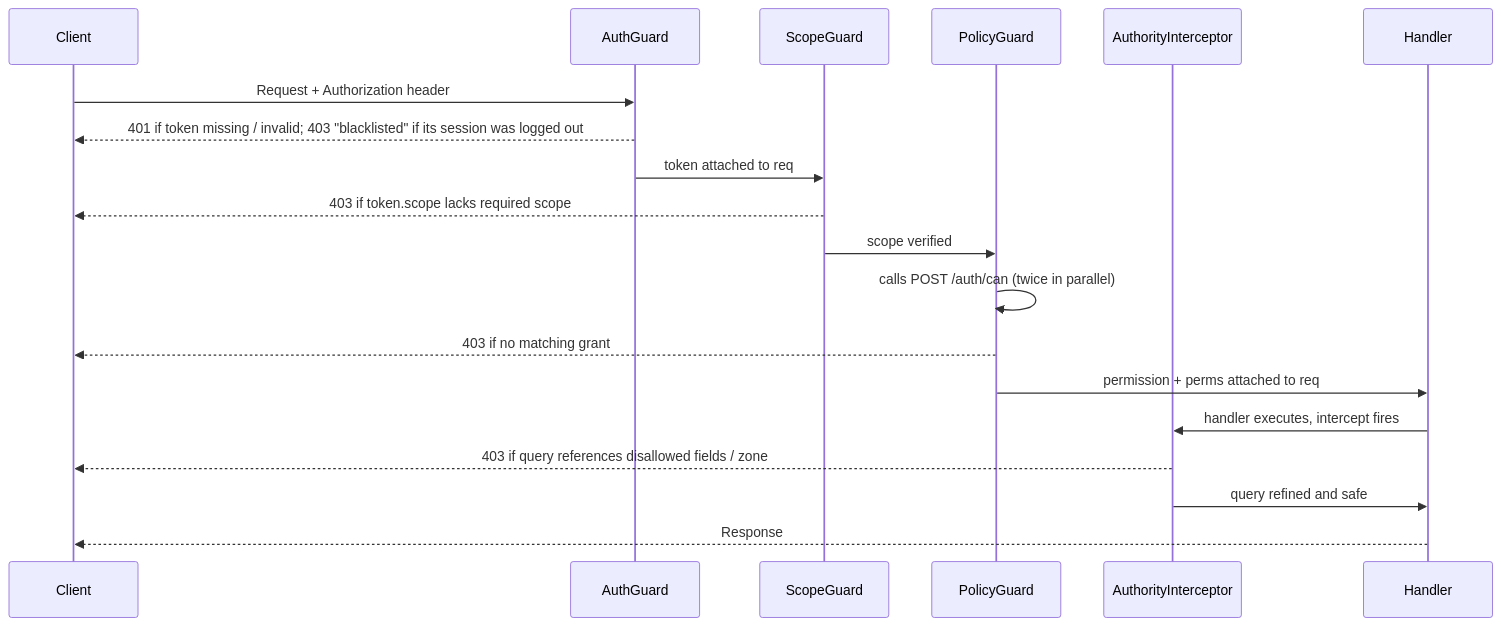
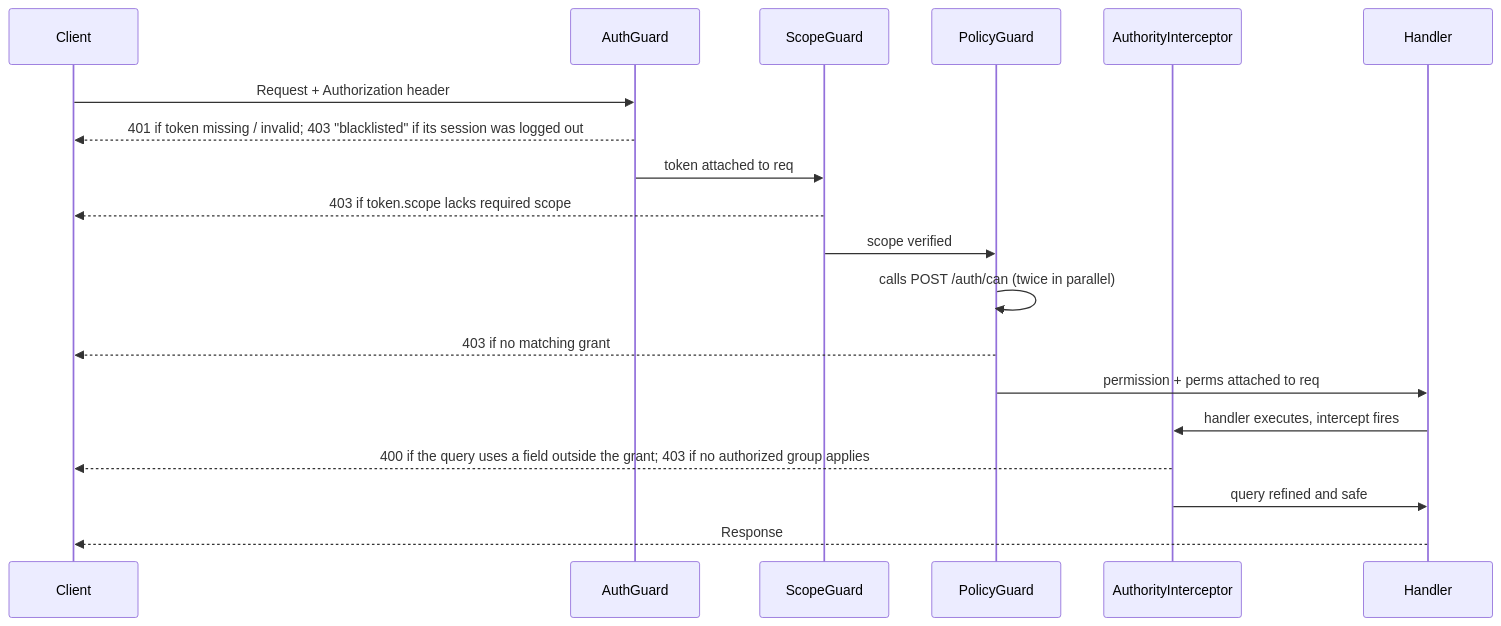
The first of 2 diagrams in api/authorization.md (wenex-org/platform-docs), drawn with Mermaid before and after one commit. The commit also changed other lines of this file and 22 other files, not shown here.

First line of the commit message:
Align the docs with platform code: grant field lists, scoped rows, saga, workers

````diff
--- a/api/authorization.md
+++ b/api/authorization.md
@@ -13,24 +13,24 @@
 ```mermaid
 sequenceDiagram
     accTitle: Request authorization pipeline
     accDescr: A request passes AuthGuard, ScopeGuard, PolicyGuard and the AuthorityInterceptor before the handler responds. Each layer can reject it with 401 or 403, and the interceptor refines the query.
     participant C as Client
     participant AG as AuthGuard
     participant SG as ScopeGuard
     participant PG as PolicyGuard
     participant AI as AuthorityInterceptor
     participant H as Handler
 
     C->>AG: Request + Authorization header
     AG-->>C: 401 if token missing / invalid#59; 403 "blacklisted" if its session was logged out
     AG->>SG: token attached to req
     SG-->>C: 403 if token.scope lacks required scope
     SG->>PG: scope verified
     PG->>PG: calls POST /auth/can (twice in parallel)
     PG-->>C: 403 if no matching grant
     PG->>H: permission + perms attached to req
     H->>AI: handler executes, intercept fires
-    AI-->>C: 403 if query references disallowed fields / zone
+    AI-->>C: 400 if the query uses a field outside the grant#59; 403 if no authorized group applies
     AI->>H: query refined and safe
     H-->>C: Response
 ```
````
